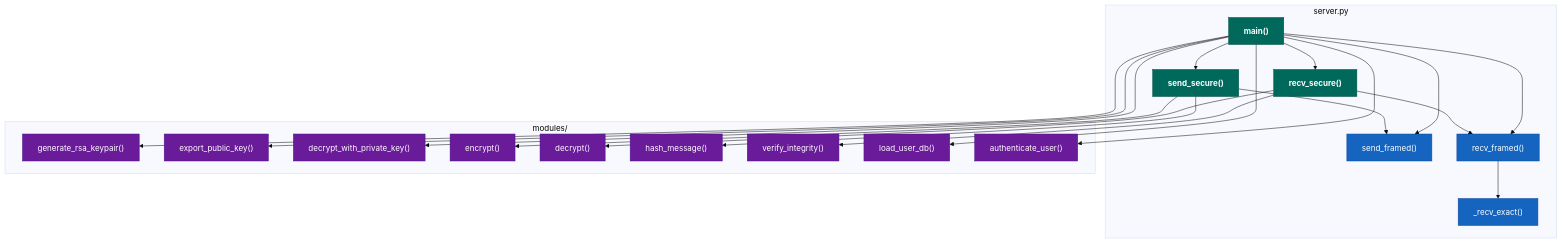
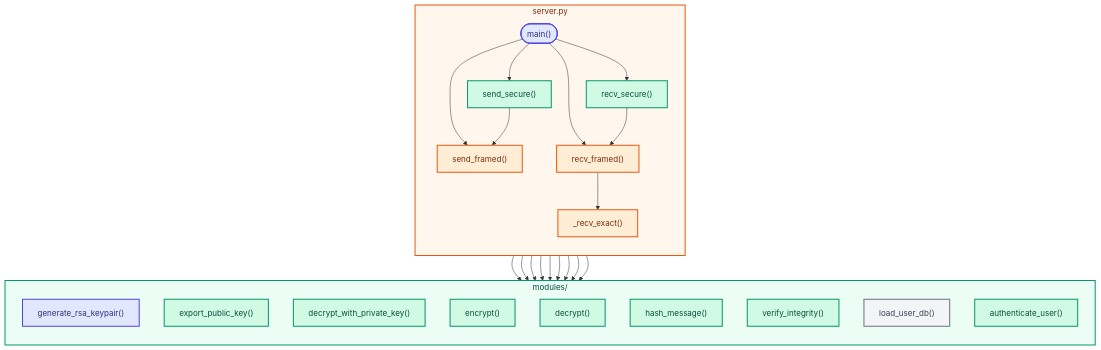
Before and after one commit to HeshamAfandi/Secure-Communication-System: the tenth of 14 diagrams in PROJECT_DOCUMENTATION.md, drawn with Mermaid. The commit also changed other lines of this file, not shown here.

````diff
--- a/PROJECT_DOCUMENTATION.md
+++ b/PROJECT_DOCUMENTATION.md
@@ -829,46 +884,61 @@
 ```mermaid
-%%{init: {'theme': 'base'}}%%
 flowchart TD
-    classDef serverFunc fill:#00695C,stroke:#004D40,color:#FFFFFF,font-weight:bold
-    classDef netFunc    fill:#1565C0,stroke:#0D47A1,color:#FFFFFF
-    classDef cryptoFunc fill:#6A1B9A,stroke:#4A148C,color:#FFFFFF
-
     subgraph SERVER["server.py"]
-        M["main()"]:::serverFunc
-        SF["send_framed()"]:::netFunc
-        RF["recv_framed()"]:::netFunc
-        RE["_recv_exact()"]:::netFunc
-        SS["send_secure()"]:::serverFunc
-        RS["recv_secure()"]:::serverFunc
+        direction TB
+        M(["main()"])
+        SF["send_framed()"]
+        RF["recv_framed()"]
+        RE["_recv_exact()"]
+        SS["send_secure()"]
+        RS["recv_secure()"]
     end
 
     subgraph CRYPTO["modules/"]
-        GK["generate_rsa_keypair()"]:::cryptoFunc
-        EPK["export_public_key()"]:::cryptoFunc
-        DPK["decrypt_with_private_key()"]:::cryptoFunc
-        ENC["encrypt()"]:::cryptoFunc
-        DEC["decrypt()"]:::cryptoFunc
-        HM["hash_message()"]:::cryptoFunc
-        VI["verify_integrity()"]:::cryptoFunc
-        LDB["load_user_db()"]:::cryptoFunc
-        AU["authenticate_user()"]:::cryptoFunc
+        direction TB
+        GK["generate_rsa_keypair()"]
+        EPK["export_public_key()"]
+        DPK["decrypt_with_private_key()"]
+        ENC["encrypt()"]
+        DEC["decrypt()"]
+        HM["hash_message()"]
+        VI["verify_integrity()"]
+        LDB["load_user_db()"]
+        AU["authenticate_user()"]
     end
 
     M --> GK
     M --> EPK
     M --> SF
     M --> RF
     M --> DPK
     M --> LDB
     M --> AU
     M --> SS
     M --> RS
 
     RF --> RE
     SS --> HM
     SS --> ENC
     SS --> SF
     RS --> RF
     RS --> DEC
     RS --> VI
+
+    style M   fill:#e0e7ff,stroke:#4f46e5,stroke-width:2px,color:#312e81
+    style SF  fill:#ffedd5,stroke:#ea580c,stroke-width:2px,color:#7c2d12
+    style RF  fill:#ffedd5,stroke:#ea580c,stroke-width:2px,color:#7c2d12
+    style RE  fill:#ffedd5,stroke:#ea580c,stroke-width:2px,color:#7c2d12
+    style SS  fill:#d1fae5,stroke:#059669,stroke-width:2px,color:#064e3b
+    style RS  fill:#d1fae5,stroke:#059669,stroke-width:2px,color:#064e3b
+    style GK  fill:#e0e7ff,stroke:#4f46e5,stroke-width:2px,color:#312e81
+    style EPK fill:#d1fae5,stroke:#059669,stroke-width:2px,color:#064e3b
+    style DPK fill:#d1fae5,stroke:#059669,stroke-width:2px,color:#064e3b
+    style ENC fill:#d1fae5,stroke:#059669,stroke-width:2px,color:#064e3b
+    style DEC fill:#d1fae5,stroke:#059669,stroke-width:2px,color:#064e3b
+    style HM  fill:#d1fae5,stroke:#059669,stroke-width:2px,color:#064e3b
+    style VI  fill:#d1fae5,stroke:#059669,stroke-width:2px,color:#064e3b
+    style LDB fill:#f3f4f6,stroke:#6b7280,stroke-width:2px,color:#374151
+    style AU  fill:#d1fae5,stroke:#059669,stroke-width:2px,color:#064e3b
+    style SERVER fill:#fff7ed,stroke:#ea580c,stroke-width:2px,color:#7c2d12
+    style CRYPTO fill:#ecfdf5,stroke:#059669,stroke-width:2px,color:#064e3b
 ```
````
